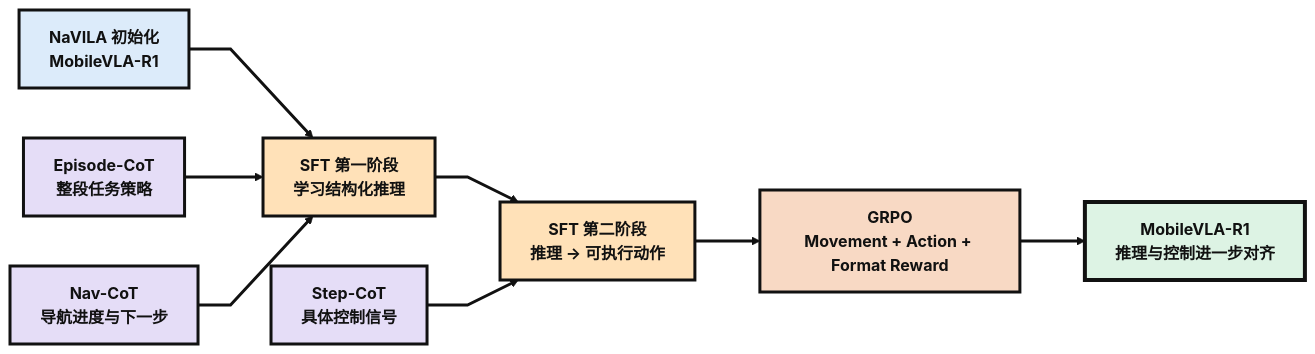
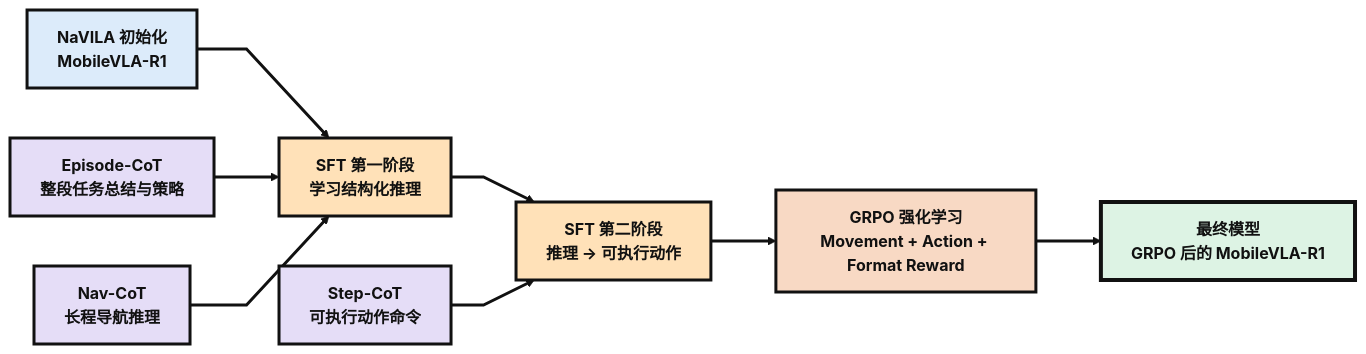
The fifth of 11 diagrams in source/_posts/一卷新书入浅秋：2026-08.md (jiashun-ye/zh-blog), drawn with Mermaid before and after one commit. The commit also changed other lines of this file, not shown here.

````diff
--- a/source/_posts/一卷新书入浅秋：2026-08.md
+++ b/source/_posts/一卷新书入浅秋：2026-08.md
@@ -276,50 +276,50 @@
 ```mermaid
 %%{init: {
   "theme": "base",
   "flowchart": {
     "curve": "linear",
     "nodeSpacing": 50,
     "rankSpacing": 65
   }
 }}%%
 
 flowchart LR
 
     M["NaVILA 初始化<br/>MobileVLA-R1"]
 
-    E["Episode-CoT<br/>整段任务策略"]
-    N["Nav-CoT<br/>导航进度与下一步"]
-    S["Step-CoT<br/>具体控制信号"]
+    E["Episode-CoT<br/>整段任务总结与策略"]
+    N["Nav-CoT<br/>长程导航推理"]
+    S["Step-CoT<br/>可执行动作命令"]
 
     SFT1["SFT 第一阶段<br/>学习结构化推理"]
     SFT2["SFT 第二阶段<br/>推理 → 可执行动作"]
 
-    R["GRPO<br/>Movement + Action + Format Reward"]
+    R["GRPO 强化学习<br/>Movement + Action + Format Reward"]
 
-    F["MobileVLA-R1<br/>推理与控制进一步对齐"]
+    F["最终模型<br/>GRPO 后的 MobileVLA-R1"]
 
     M --> SFT1
     E --> SFT1
     N --> SFT1
 
     SFT1 --> SFT2
     S --> SFT2
 
     SFT2 --> R
     R --> F
 
     classDef model fill:#DCEBFA,stroke:#111111,stroke-width:3px,color:#111111,font-weight:bold;
     classDef cot fill:#E5DDF7,stroke:#111111,stroke-width:3px,color:#111111,font-weight:bold;
     classDef sft fill:#FFE1B8,stroke:#111111,stroke-width:3px,color:#111111,font-weight:bold;
     classDef grpo fill:#F8D9C4,stroke:#111111,stroke-width:3px,color:#111111,font-weight:bold;
     classDef final fill:#DDF3E4,stroke:#111111,stroke-width:4px,color:#111111,font-weight:bold;
 
     class M model;
     class E,N,S cot;
     class SFT1,SFT2 sft;
     class R grpo;
     class F final;
 
     linkStyle default stroke:#111111,stroke-width:3px;
 
 ```
````
